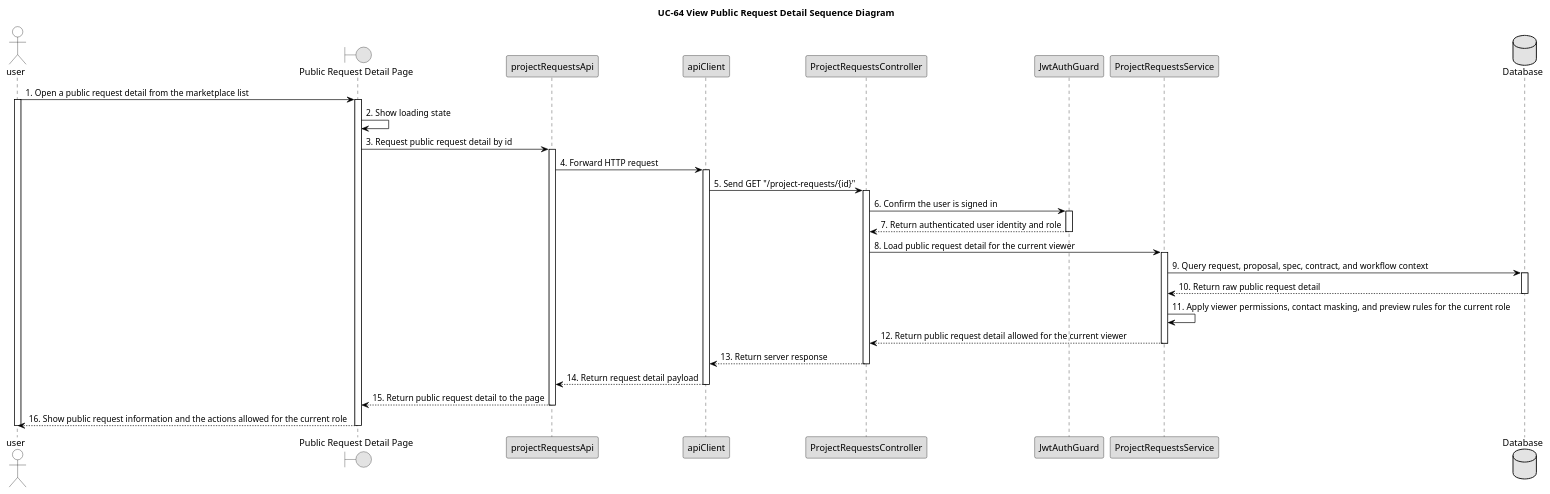
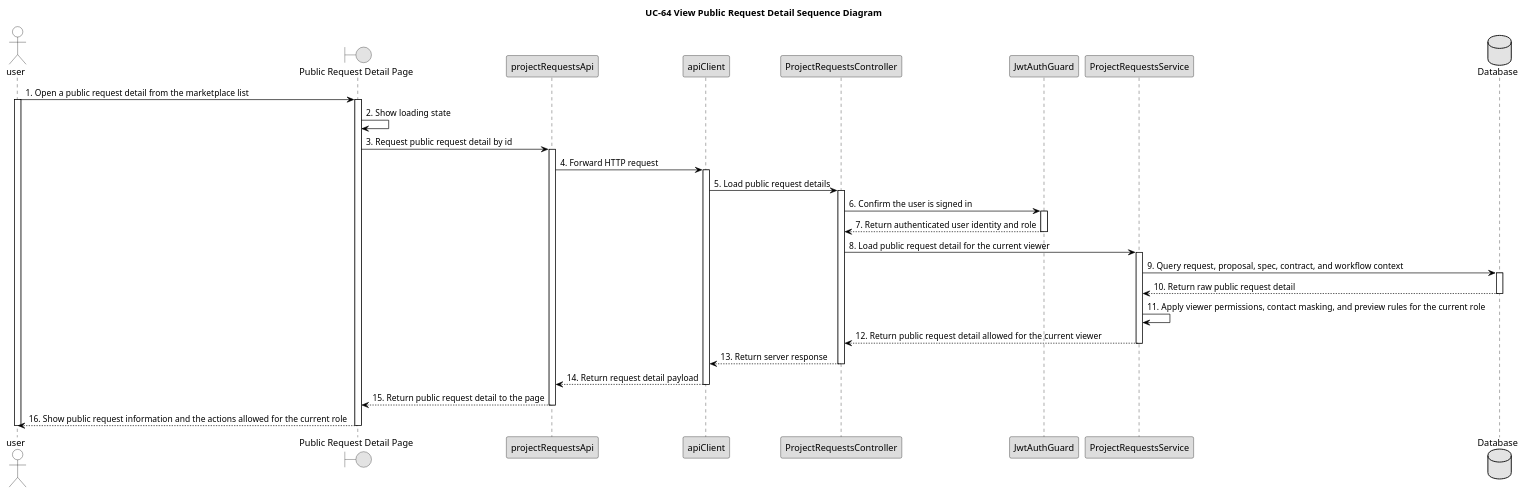
Before and after one commit to bangdcce/SEP492-Project: the diagram in diagram/sequence/uc64_view_public_request_detail_sequence_diagram.puml, drawn with PlantUML. The commit also changed 130 other files, not shown here.

```diff
--- a/diagram/sequence/uc64_view_public_request_detail_sequence_diagram.puml
+++ b/diagram/sequence/uc64_view_public_request_detail_sequence_diagram.puml
@@ -1,135 +1,135 @@
 @startuml UC64_View_Public_Request_Detail_Sequence_Diagram
 
 
 
 skinparam monochrome true
 
 skinparam defaultFontColor Black
 
 skinparam shadowing false
 
 
 
 skinparam sequence {
 
     ArrowColor Black
 
     LifeLineBorderColor Black
 
     LifeLineBackgroundColor White
 
     ParticipantBorderColor Black
 
     ParticipantBackgroundColor #DDDDDD
 
     ParticipantFontColor Black
 
     ActorBorderColor Black
 
     ActorBackgroundColor White
 
     ActorFontColor Black
 
     GroupHeaderFontColor Black
 
     GroupHeaderBackgroundColor White
 
     GroupBodyBackgroundColor White
 
     GroupBorderColor Black
 
 }
 
 
 
 
 
 title UC-64 View Public Request Detail Sequence Diagram
 
 
 
 actor user
 
 boundary "Public Request Detail Page" as Page
 
 participant "projectRequestsApi" as RequestsAPI
 
 participant "apiClient" as ApiClient
 
 participant "ProjectRequestsController" as Controller
 
 participant "JwtAuthGuard" as JWTGuard
 
 participant "ProjectRequestsService" as Service
 
 database "Database" as DB
 
 
 
 user -> Page : 1. Open a public request detail from the marketplace list
 
 activate user
 
 activate Page
 
 Page -> Page : 2. Show loading state
 
 Page -> RequestsAPI : 3. Request public request detail by id
 
 activate RequestsAPI
 
 RequestsAPI -> ApiClient : 4. Forward HTTP request
 
 activate ApiClient
 
-ApiClient -> Controller : 5. Send GET "/project-requests/{id}"
+ApiClient -> Controller : 5. Load public request details
 
 activate Controller
 
 Controller -> JWTGuard : 6. Confirm the user is signed in
 
 activate JWTGuard
 
 JWTGuard --> Controller : 7. Return authenticated user identity and role
 
 deactivate JWTGuard
 
 Controller -> Service : 8. Load public request detail for the current viewer
 
 activate Service
 
 Service -> DB : 9. Query request, proposal, spec, contract, and workflow context
 
 activate DB
 
 DB --> Service : 10. Return raw public request detail
 
 deactivate DB
 
 Service -> Service : 11. Apply viewer permissions, contact masking, and preview rules for the current role
 
 Service --> Controller : 12. Return public request detail allowed for the current viewer
 
 deactivate Service
 
 Controller --> ApiClient : 13. Return server response
 
 deactivate Controller
 
 ApiClient --> RequestsAPI : 14. Return request detail payload
 
 deactivate ApiClient
 
 RequestsAPI --> Page : 15. Return public request detail to the page
 
 deactivate RequestsAPI
 
 Page --> user : 16. Show public request information and the actions allowed for the current role
 
 Deactivate Page
 
 deactivate user
 
 
 
 @enduml
```
